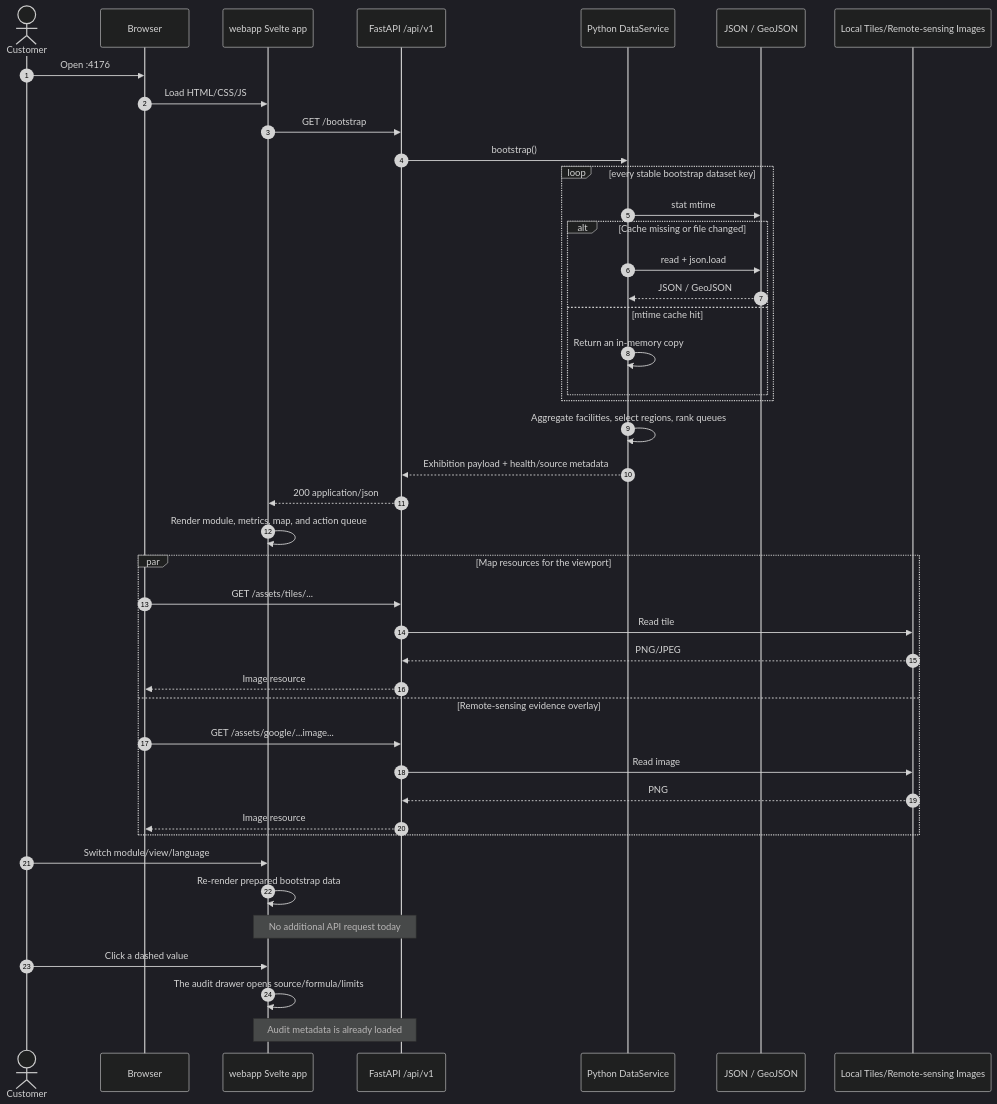
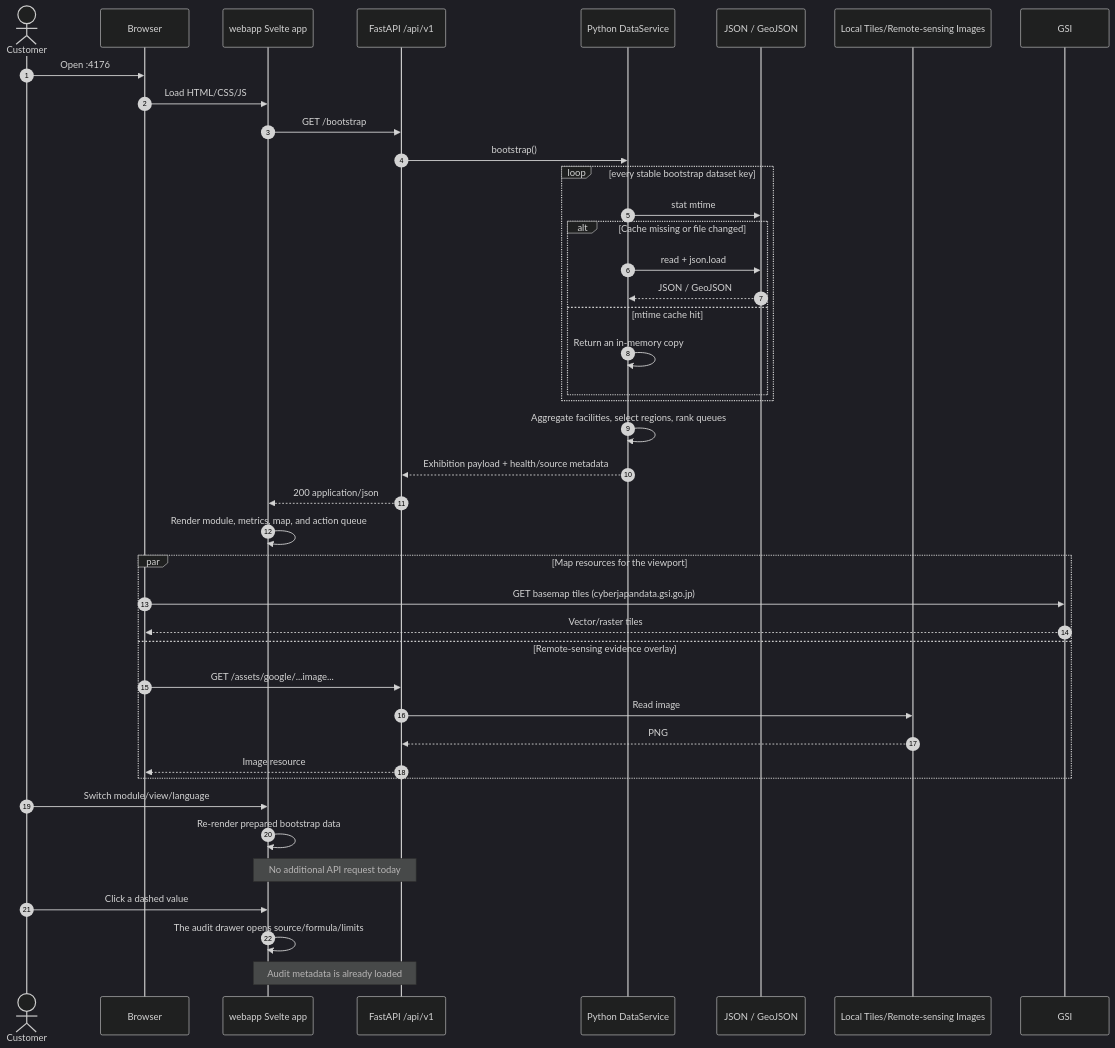
One commit to TsumiNa/terrai-spatial-intelligence changed the second of 3 diagrams in docs/architecture/FRONTEND_BACKEND.md. Above: the diagram before and after it, drawn with Mermaid (dark theme). The commit also changed 493 other files, not shown here.

First line of the commit message:
feat: stream the raster basemaps nationwide from GSI (#61)

````diff
--- a/docs/architecture/FRONTEND_BACKEND.md
+++ b/docs/architecture/FRONTEND_BACKEND.md
@@ -72,49 +72,47 @@
 ```mermaid
 sequenceDiagram
     autonumber
     actor Customer
     participant Browser
     participant Frontend as webapp Svelte app
     participant API as FastAPI /api/v1
     participant Service as Python DataService
     participant FL as JSON / GeoJSON
     participant Assets as Local Tiles/Remote-sensing Images
 
     Customer->>Browser: Open :4176
     Browser->>Frontend: Load HTML/CSS/JS
     Frontend->>API: GET /bootstrap
     API->>Service: bootstrap()
     loop every stable bootstrap dataset key
         Service->>FL: stat mtime
         alt Cache missing or file changed
             Service->>FL: read + json.load
             FL-->>Service: JSON / GeoJSON
         else mtime cache hit
             Service->>Service: Return an in-memory copy
         end
     end
     Service->>Service: Aggregate facilities, select regions, rank queues
     Service-->>API: Exhibition payload + health/source metadata
     API-->>Frontend: 200 application/json
     Frontend->>Frontend: Render module, metrics, map, and action queue
 
     par Map resources for the viewport
-        Browser->>API: GET /assets/tiles/...
-        API->>Assets: Read tile
-        Assets-->>API: PNG/JPEG
-        API-->>Browser: Image resource
+        Browser->>GSI: GET basemap tiles (cyberjapandata.gsi.go.jp)
+        GSI-->>Browser: Vector/raster tiles
     and Remote-sensing evidence overlay
         Browser->>API: GET /assets/google/...image...
         API->>Assets: Read image
         Assets-->>API: PNG
         API-->>Browser: Image resource
     end
 
     Customer->>Frontend: Switch module/view/language
     Frontend->>Frontend: Re-render prepared bootstrap data
     Note over Frontend,API: No additional API request today
 
     Customer->>Frontend: Click a dashed value
     Frontend->>Frontend: The audit drawer opens source/formula/limits
     Note over Frontend,API: Audit metadata is already loaded
 ```
````
